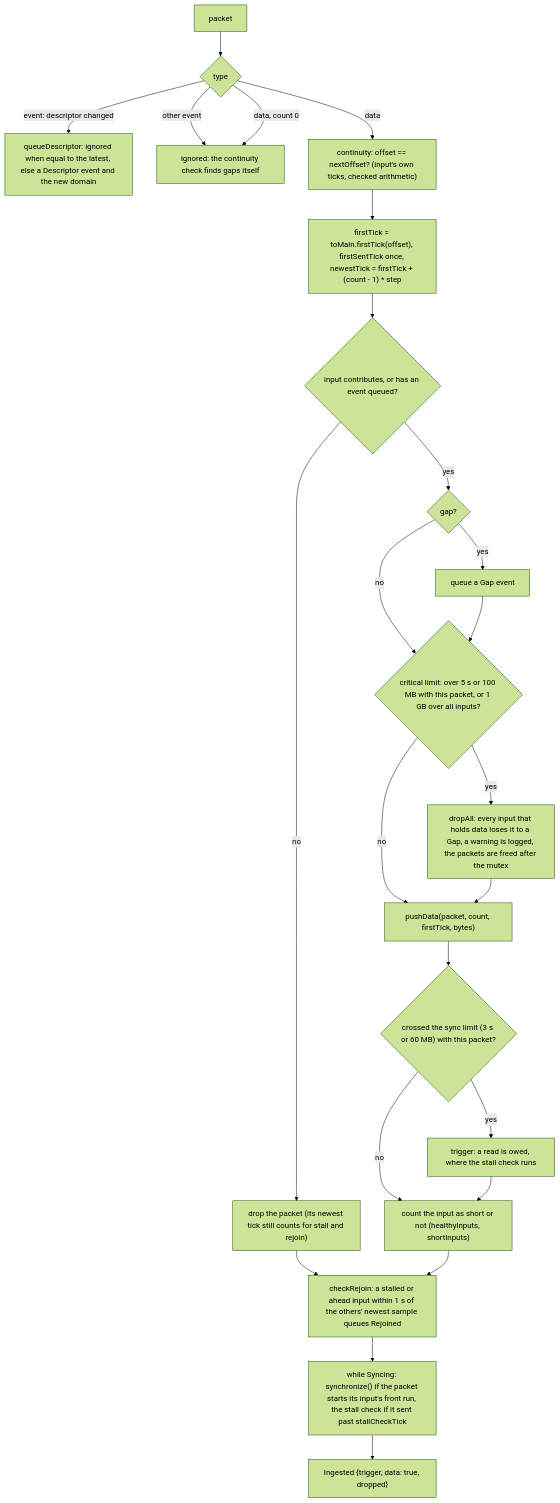
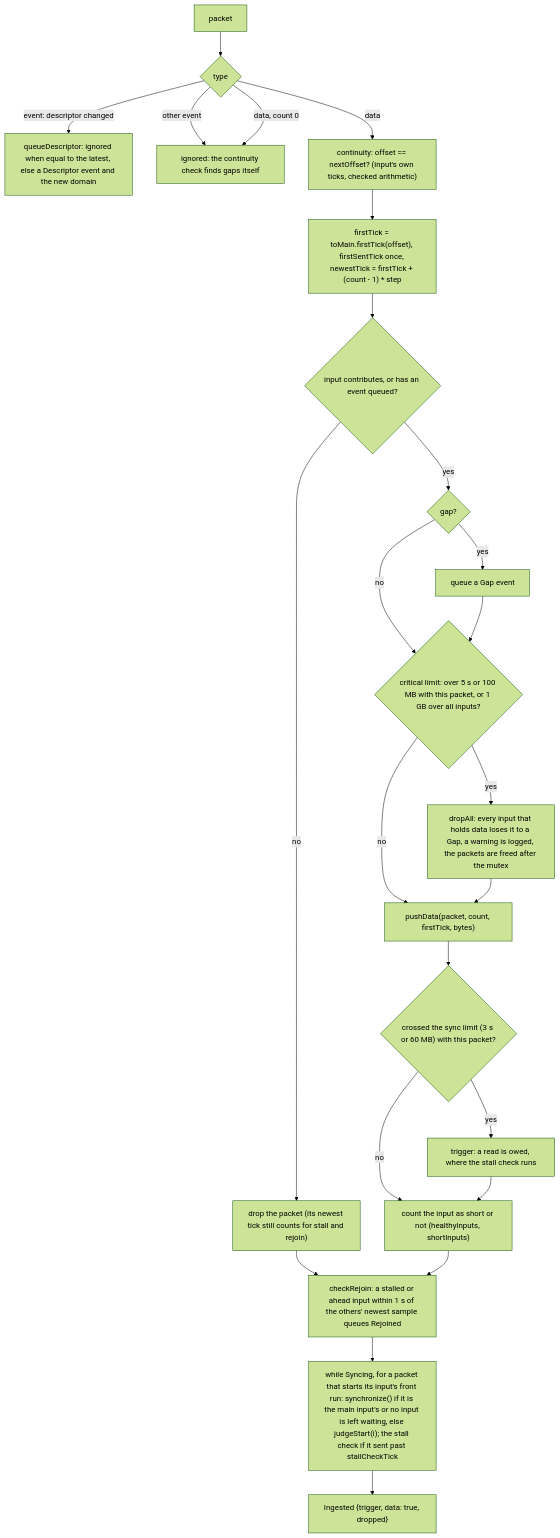
Before and after one commit to openDAQ/openDAQ: the seventh of 15 diagrams in core/opendaq/reader/README_MULTI_READER2.md, drawn with Mermaid (forest theme). The commit also changed other lines of this file and 2 other files, not shown here.

First line of the commit message:
MultiReader2 v3: synchronize a reader's start in O(N)

````diff
--- a/core/opendaq/reader/README_MULTI_READER2.md
+++ b/core/opendaq/reader/README_MULTI_READER2.md
@@ -580,26 +580,26 @@
 ```mermaid
 flowchart TD
     p["packet"] --> type{"type"}
     type -->|"event: descriptor changed"| desc["queueDescriptor: ignored when equal to the latest, else a Descriptor event and the new domain"]
     type -->|"other event"| ignore["ignored: the continuity check finds gaps itself"]
     type -->|"data, count 0"| ignore
     type -->|data| cont["continuity: offset == nextOffset? (input's own ticks, checked arithmetic)"]
     cont --> tick["firstTick = toMain.firstTick(offset), firstSentTick once, newestTick = firstTick + (count - 1) * step"]
     tick --> keep{"input contributes, or has an event queued?"}
     keep -->|no| drop["drop the packet (its newest tick still counts for stall and rejoin)"]
     keep -->|yes| gapq{"gap?"}
     gapq -->|yes| gap["queue a Gap event"]
     gapq -->|no| crit
     gap --> crit{"critical limit: over 5 s or 100 MB with this packet, or 1 GB over all inputs?"}
     crit -->|yes| all["dropAll: every input that holds data loses it to a Gap, a warning is logged, the packets are freed after the mutex"]
     crit -->|no| push["pushData(packet, count, firstTick, bytes)"]
     all --> push
     push --> sl{"crossed the sync limit (3 s or 60 MB) with this packet?"}
     sl -->|yes| trig["trigger: a read is owed, where the stall check runs"]
     sl -->|no| short
     trig --> short["count the input as short or not (healthyInputs, shortInputs)"]
     drop --> rej
     short --> rej["checkRejoin: a stalled or ahead input within 1 s of the others' newest sample queues Rejoined"]
-    rej --> syn["while Syncing: synchronize() if the packet starts its input's front run, the stall check if it sent past stallCheckTick"]
+    rej --> syn["while Syncing, for a packet that starts its input's front run: synchronize() if it is the main input's or no input is left waiting, else judgeStart(i); the stall check if it sent past stallCheckTick"]
     syn --> ret["Ingested {trigger, data: true, dropped}"]
 ```
````
